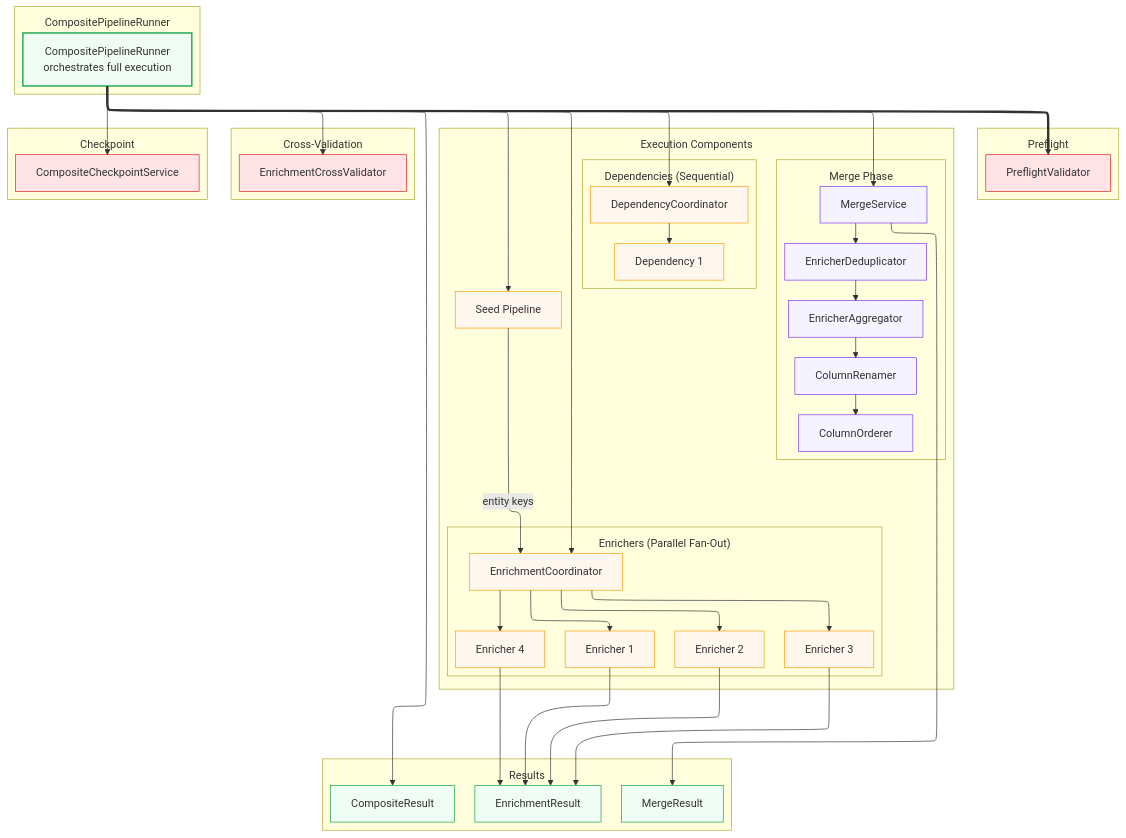
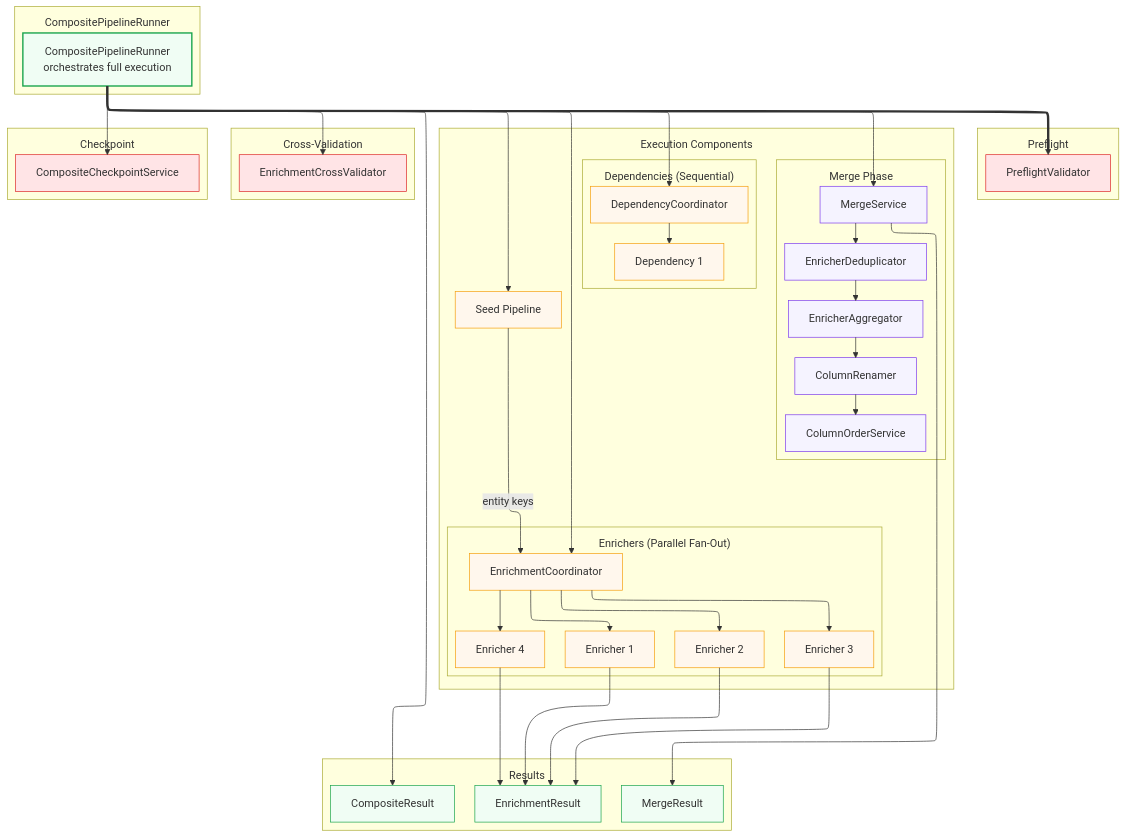
Before and after one commit to SatoryKono/BioactivityDataAcquisition: the diagram in docs/02-architecture/diagrams/architecture/08b-composite-execution.mmd, drawn with Mermaid. The commit also changed 12 other files, not shown here.

```diff
--- a/docs/02-architecture/diagrams/architecture/08b-composite-execution.mmd
+++ b/docs/02-architecture/diagrams/architecture/08b-composite-execution.mmd
@@ -1,109 +1,109 @@
 %% BioETL — Composite Pipeline Execution
 %% Runner orchestration: seed → deps → enrichers (parallel) → merge, with checkpointing and cross-validation.
 
 %% @version 1.0.0
 %% @date    2026-02-27
 %% @type    flowchart
 %% @level   System / Component
 %% @view    composite-execution
 %% @parent  08-composite-pipeline.mmd
 %% @nodes   20
 %%{init: {
   'flowchart': {
     'subGraphTitleMargin': { 'top': 12, 'bottom': 12 }
   },
   'layout': 'elk',
   'elk': {
     'mergeEdges': true,
     'nodePlacementStrategy': 'BRANDES_KOEPF',
     'edgeRouting': 'ORTHOGONAL'
   }
 }}%%
 graph TB
     subgraph Runner["CompositePipelineRunner"]
         CPR["CompositePipelineRunner<br/>orchestrates full execution"]:::size-sm
     end
 
     subgraph Preflight["Preflight"]
         CPV["PreflightValidator"]:::size-sm
     end
 
     subgraph Execution["Execution Components"]
         SEED["Seed Pipeline"]:::size-sm
 
         subgraph DepsBlock["Dependencies (Sequential)"]
             DEP_COORD["DependencyCoordinator"]:::size-sm
             DEP1["Dependency 1"]:::size-sm
         end
 
         subgraph EnrichBlock["Enrichers (Parallel Fan-Out)"]
             ENR_COORD["EnrichmentCoordinator"]:::size-sm
             ENR1["Enricher 1"]:::size-sm
             ENR2["Enricher 2"]:::size-sm
             ENR3["Enricher 3"]:::size-sm
             ENR4["Enricher 4"]:::size-sm
         end
 
         subgraph MergeBlock["Merge Phase"]
             MS["MergeService"]:::size-sm
             DEDUP["EnricherDeduplicator"]:::size-sm
             AGG["EnricherAggregator"]:::size-sm
             REN["ColumnRenamer"]:::size-sm
-            ORD["ColumnOrderer"]:::size-sm
+            ORD["ColumnOrderService"]:::size-sm
         end
     end
 
     subgraph CrossVal["Cross-Validation"]
         CV["EnrichmentCrossValidator"]:::size-sm
     end
 
     subgraph Checkpoint["Checkpoint"]
         CCM["CompositeCheckpointService"]:::size-sm
     end
 
     subgraph Results["Results"]
         ER["EnrichmentResult"]:::size-sm
         MR["MergeResult"]:::size-sm
         CR["CompositeResult"]:::size-sm
     end
 
     %% Runner orchestration
     CPR ==> CPV
     CPR --> SEED
     CPR --> DEP_COORD
     CPR --> ENR_COORD
     CPR --> MS
     CPR --> CCM
     CPR --> CV
 
     %% Dependencies
     DEP_COORD --> DEP1
 
     %% Enrichment fan-out
     SEED -->|"entity keys"| ENR_COORD
     ENR_COORD --> ENR1 & ENR2 & ENR3 & ENR4
 
     %% Enricher results
     ENR1 --> ER
     ENR2 --> ER
     ENR3 --> ER
     ENR4 --> ER
 
     %% Merge pipeline
     MS --> DEDUP --> AGG --> REN --> ORD
     MS --> MR
 
     %% Final result
     CPR --> CR
 
     classDef runner fill:#f0fdf4,stroke:#16a34a,stroke-width:2px
     classDef exec fill:#fff7ed,stroke:#f59e0b
     classDef merge fill:#f5f3ff,stroke:#7c3aed
     classDef result fill:#f0fdf4,stroke:#16a34a
     classDef check fill:#ffe4e6,stroke:#dc2626
 
     class CPR runner
     class SEED,DEP_COORD,DEP1,ENR_COORD,ENR1,ENR2,ENR3,ENR4 exec
     class MS,DEDUP,AGG,REN,ORD merge
     class ER,MR,CR result
     class CCM,CPV,CV check
```
